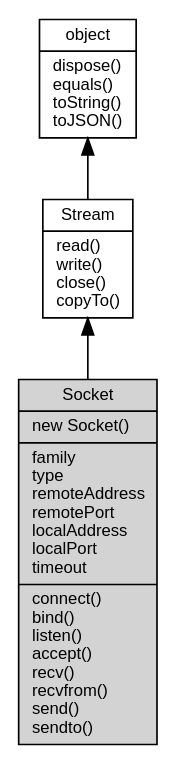
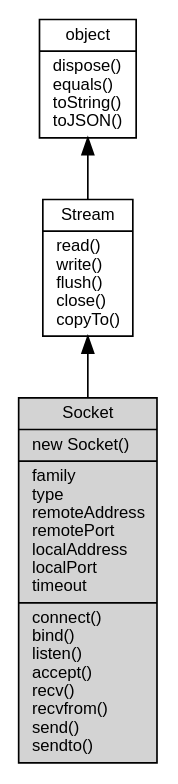
The diagram in docs/manual/object/ifs/Socket.md (fibjs/fibjs.org), drawn with Graphviz before and after one commit. The commit also changed other lines of this file and 289 other files, not shown here.

````diff
--- a/docs/manual/object/ifs/Socket.md
+++ b/docs/manual/object/ifs/Socket.md
@@ -11,12 +11,12 @@
 ```dot
 digraph {
     node [fontname="Helvetica,sans-Serif", fontsize=10, shape="record", style="filled", fillcolor="white"];
 
     object [tooltip="object", URL="object.md", label="{object|dispose()\lequals()\ltoString()\ltoJSON()\l}"];
-    Stream [tooltip="Stream", URL="Stream.md", label="{Stream|read()\lwrite()\lclose()\lcopyTo()\l}"];
-    Socket [tooltip="Socket", fillcolor="lightgray", label="{Socket|new Socket()\l|family\ltype\lremoteAddress\lremotePort\llocalAddress\llocalPort\ltimeout\l|connect()\lbind()\llisten()\laccept()\lrecv()\lrecvfrom()\lsend()\lsendto()\l}"];
+    Stream [tooltip="Stream", URL="Stream.md", label="{Stream|read()\lwrite()\lflush()\lclose()\lcopyTo()\l}"];
+    Socket [tooltip="Socket", fillcolor="lightgray", id="me", label="{Socket|new Socket()\l|family\ltype\lremoteAddress\lremotePort\llocalAddress\llocalPort\ltimeout\l|connect()\lbind()\llisten()\laccept()\lrecv()\lrecvfrom()\lsend()\lsendto()\l}"];
 
     object -> Stream [dir=back];
     Stream -> Socket [dir=back];
 }
 ```
````
